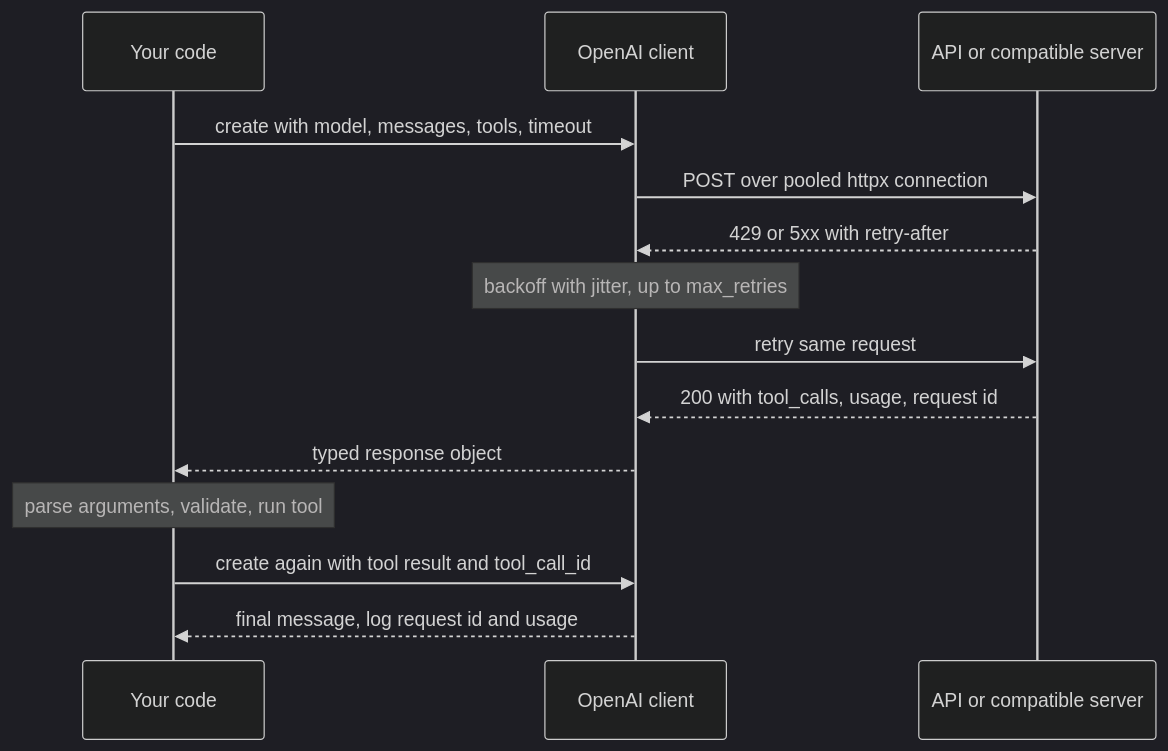
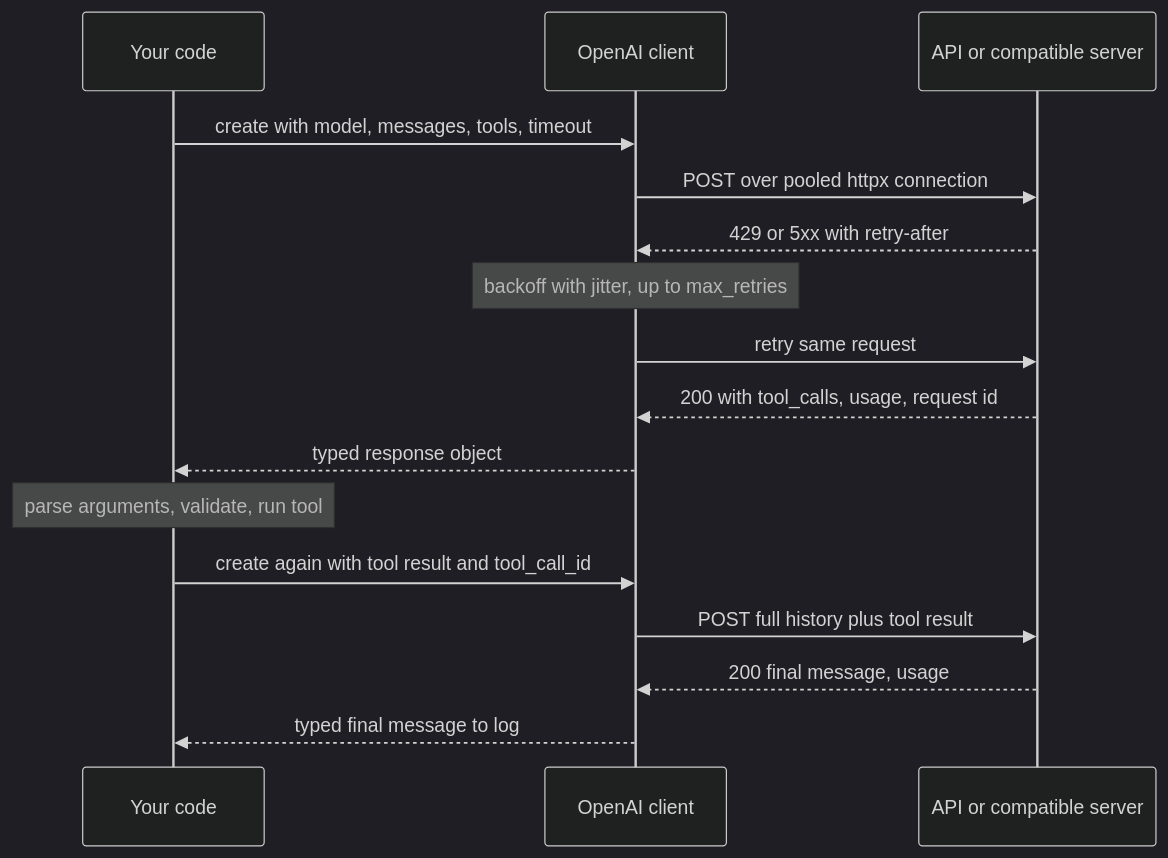
Before and after one commit to lovishmahajan97/agentic-learning: the diagram in content/python-for-ai/openai-sdk.md, drawn with Mermaid (dark theme). The commit also changed other lines of this file and 81 other files, not shown here.

````diff
--- a/content/python-for-ai/openai-sdk.md
+++ b/content/python-for-ai/openai-sdk.md
@@ -123,16 +127,18 @@
 ```mermaid
 sequenceDiagram
     participant A as Your code
     participant C as OpenAI client
     participant S as API or compatible server
     A->>C: create with model, messages, tools, timeout
     C->>S: POST over pooled httpx connection
     S-->>C: 429 or 5xx with retry-after
     Note over C: backoff with jitter, up to max_retries
     C->>S: retry same request
     S-->>C: 200 with tool_calls, usage, request id
     C-->>A: typed response object
     Note over A: parse arguments, validate, run tool
     A->>C: create again with tool result and tool_call_id
-    C-->>A: final message, log request id and usage
+    C->>S: POST full history plus tool result
+    S-->>C: 200 final message, usage
+    C-->>A: typed final message to log
 ```
````
